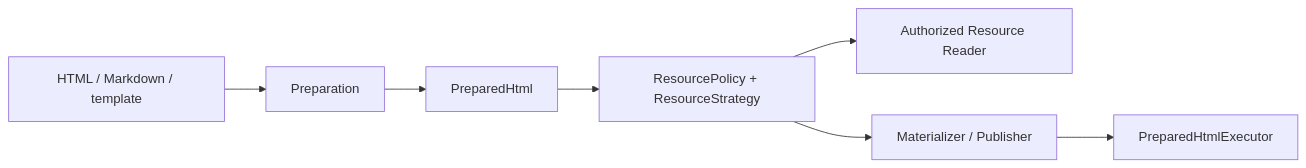
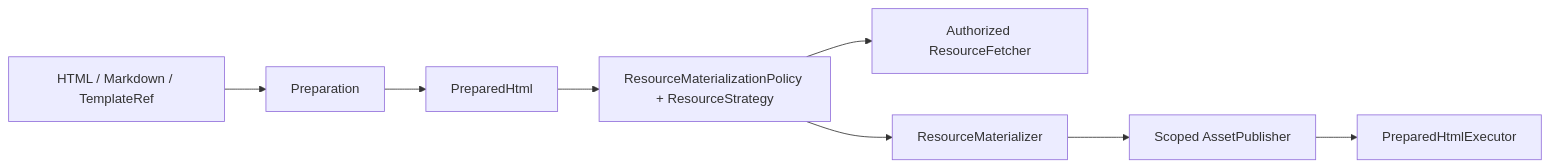
The diagram in docs/extensions/resource-pipeline.md (entanex/entari-plugin-htmlrender), drawn with Mermaid before and after one commit. The commit also changed other lines of this file and 97 other files, not shown here.

````diff
--- a/docs/extensions/resource-pipeline.md
+++ b/docs/extensions/resource-pipeline.md
@@ -8,9 +8,10 @@
 ```mermaid
 flowchart LR
-    INPUT["HTML / Markdown / template"] --> PREP["Preparation"]
+    INPUT["HTML / Markdown / TemplateRef"] --> PREP["Preparation"]
     PREP --> DOC["PreparedHtml"]
-    DOC --> POLICY["ResourcePolicy + ResourceStrategy"]
-    POLICY --> READER["Authorized Resource Reader"]
-    POLICY --> MATERIAL["Materializer / Publisher"]
-    MATERIAL --> EXEC["PreparedHtmlExecutor"]
+    DOC --> POLICY["ResourceMaterializationPolicy + ResourceStrategy"]
+    POLICY --> FETCH["Authorized ResourceFetcher"]
+    POLICY --> MATERIAL["ResourceMaterializer"]
+    MATERIAL --> PUBLISH["Scoped AssetPublisher"]
+    PUBLISH --> EXEC["PreparedHtmlExecutor"]
 ```
````
